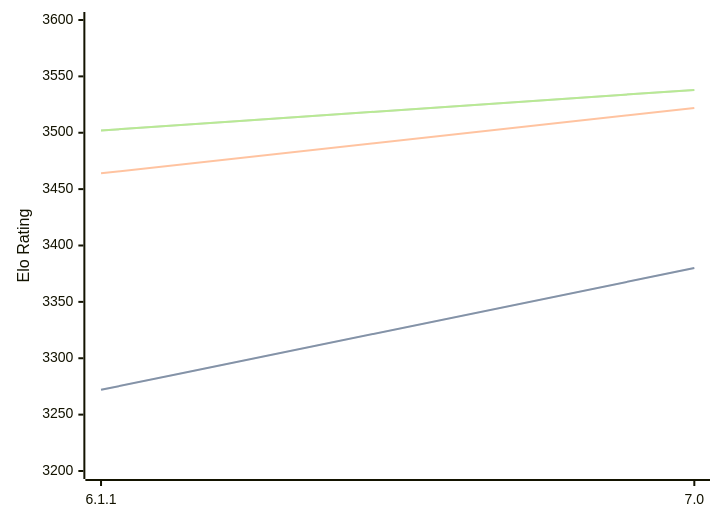
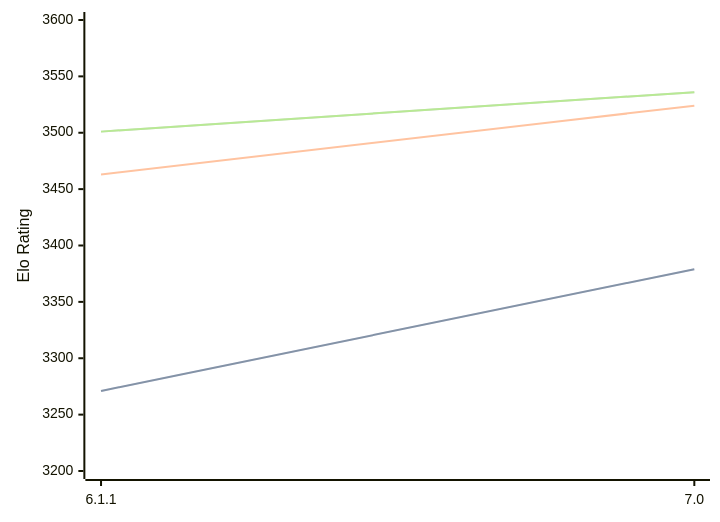
The diagram in engines/Astra.md (computer-chess-index/cci), drawn with Mermaid before and after one commit. The commit also changed other lines of this file, not shown here.

Commit message:
Update CCI Ratings (ELO VLTC) - 2026-08-04

````diff
--- a/engines/Astra.md
+++ b/engines/Astra.md
@@ -44,11 +44,11 @@
 ```mermaid
 %%{init: {"theme":"base","themeVariables":{"seriesColors:['#a3a3a3','#222221','#faa371']}}}%%
 xychart-beta
   x-axis ["6.1.1", "7.0"]
   y-axis "Elo Rating" 3200 --> 3600
-  line "STC (8.0+0.08s)" [3272, 3380]
-  line "STC (8.0+0.08s)" [3272, 3380]
-  line "LTC (60.0+0.60s)" [3464, 3522]
-  line "VLTC (2m24s+1.12s)" [3502, 3538]
-  line "VLTC (2m24s+1.12s)" [3502, 3538]
+  line "STC (8.0+0.08s)" [3271, 3379]
+  line "STC (8.0+0.08s)" [3271, 3379]
+  line "LTC (60.0+0.60s)" [3463, 3524]
+  line "VLTC (2m24s+1.12s)" [3501, 3536]
+  line "VLTC (2m24s+1.12s)" [3501, 3536]
 ```
````
